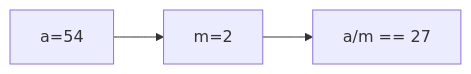
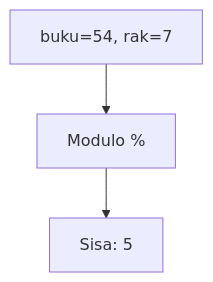
One commit to amnahwaida/OSNK_INF_PREP changed the seventh of 25 diagrams in part-c-pemahaman-cpp/01-tipe-data/latihan/set-05.md. Above: the diagram before and after it, drawn with Mermaid. The commit also changed other lines of this file and 71 other files, not shown here.

````diff
--- a/part-c-pemahaman-cpp/01-tipe-data/latihan/set-05.md
+++ b/part-c-pemahaman-cpp/01-tipe-data/latihan/set-05.md
@@ -157,5 +195,5 @@
 ```mermaid
-graph LR
-A["a=54"] --> B["m=2"]
-B --> C["a/m == 27"]
+graph TD
+A["buku=54, rak=7"] --> B["Modulo %"]
+B --> C["Sisa: 5"]
 ```
````
